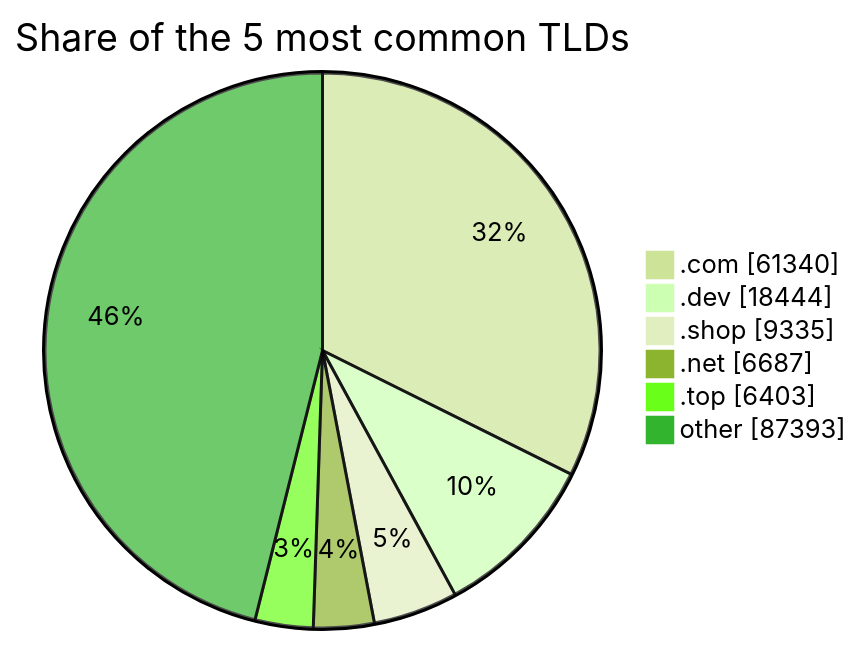
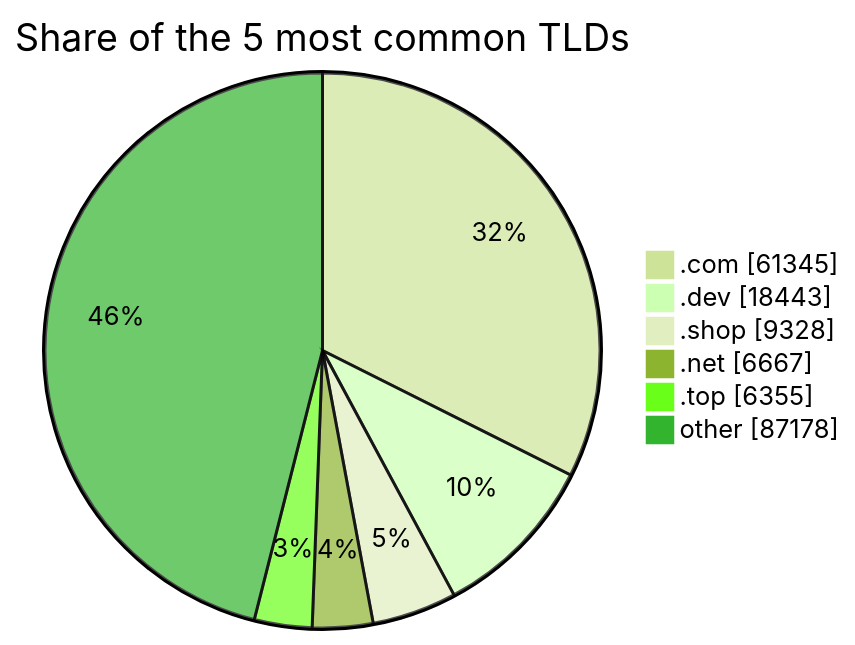
The third of 3 diagrams in README.md (DNSBunker/CTI), drawn with Mermaid (forest theme) before and after one commit. The commit also changed other lines of this file and 3 other files, not shown here.

````diff
--- a/README.md
+++ b/README.md
@@ -81,9 +81,9 @@
 ```mermaid
 pie showData title Share of the 5 most common TLDs
-    ".com" : 61340
-    ".dev" : 18444
-    ".shop" : 9335
-    ".net" : 6687
-    ".top" : 6403
-    "other" : 87393
+    ".com" : 61345
+    ".dev" : 18443
+    ".shop" : 9328
+    ".net" : 6667
+    ".top" : 6355
+    "other" : 87178
 ```
````
